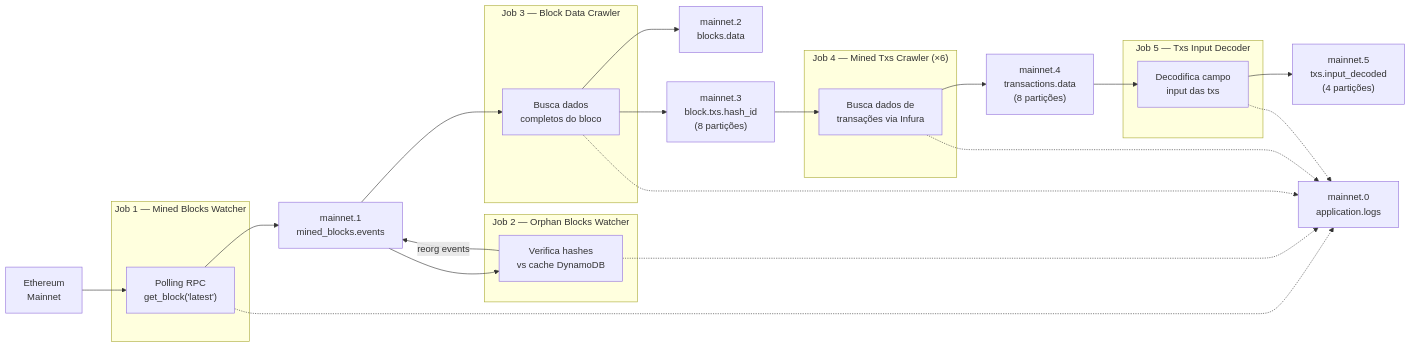
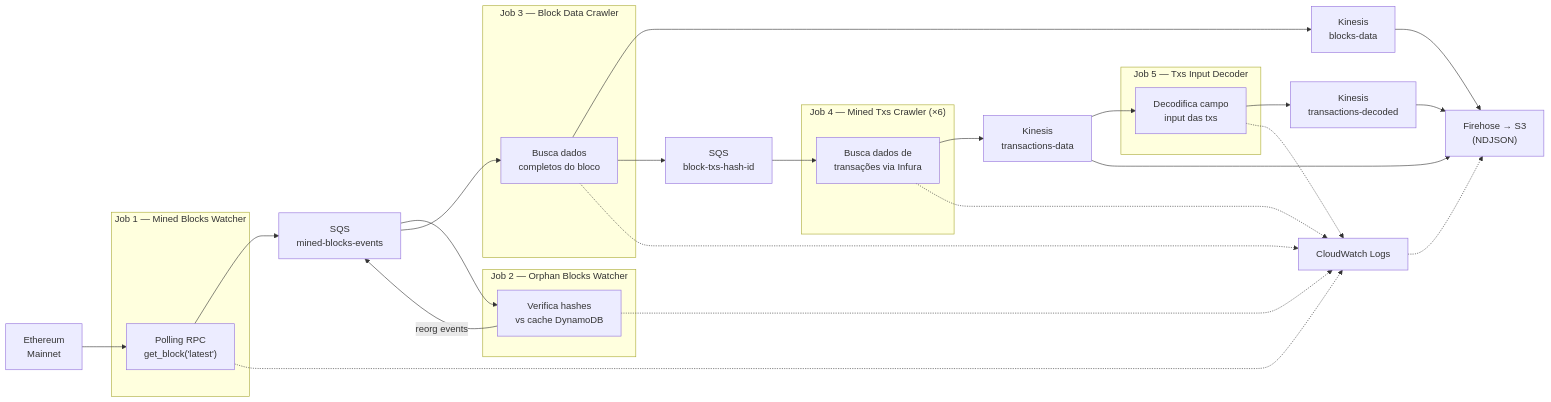
The first of 3 diagrams in docs/02_data_capture.md (marcoaureliomenezes/dd_chain_explorer), drawn with Mermaid before and after one commit. The commit also changed other lines of this file and 8 other files, not shown here.

````diff
--- a/docs/02_data_capture.md
+++ b/docs/02_data_capture.md
@@ -19,49 +18,55 @@
 ```mermaid
 flowchart LR
     ETH["Ethereum<br/>Mainnet"]
 
     subgraph JOB1["Job 1 — Mined Blocks Watcher"]
         W1["Polling RPC<br/>get_block('latest')"]
     end
 
     subgraph JOB2["Job 2 — Orphan Blocks Watcher"]
         W2["Verifica hashes<br/>vs cache DynamoDB"]
     end
 
     subgraph JOB3["Job 3 — Block Data Crawler"]
         W3["Busca dados<br/>completos do bloco"]
     end
 
     subgraph JOB4["Job 4 — Mined Txs Crawler (×6)"]
         W4["Busca dados de<br/>transações via Infura"]
     end
 
     subgraph JOB5["Job 5 — Txs Input Decoder"]
         W5["Decodifica campo<br/>input das txs"]
     end
 
-    T1["mainnet.1<br/>mined_blocks.events"]
-    T2["mainnet.2<br/>blocks.data"]
-    T3["mainnet.3<br/>block.txs.hash_id<br/>(8 partições)"]
-    T4["mainnet.4<br/>transactions.data<br/>(8 partições)"]
-    T5["mainnet.5<br/>txs.input_decoded<br/>(4 partições)"]
-    TL["mainnet.0<br/>application.logs"]
+    SQS1["SQS<br/>mined-blocks-events"]
+    K2["Kinesis<br/>blocks-data"]
+    SQS3["SQS<br/>block-txs-hash-id"]
+    K4["Kinesis<br/>transactions-data"]
+    K5["Kinesis<br/>transactions-decoded"]
+    CW["CloudWatch Logs"]
+    FH["Firehose → S3<br/>(NDJSON)"]
 
     ETH --> W1
-    W1 --> T1
-    T1 --> W2
-    W2 -->|reorg events| T1
-    T1 --> W3
-    W3 --> T2
-    W3 --> T3
-    T3 --> W4
-    W4 --> T4
-    T4 --> W5
-    W5 --> T5
+    W1 --> SQS1
+    SQS1 --> W2
+    W2 -->|reorg events| SQS1
+    SQS1 --> W3
+    W3 --> K2
+    W3 --> SQS3
+    SQS3 --> W4
+    W4 --> K4
+    K4 --> W5
+    W5 --> K5
 
-    W1 -.-> TL
-    W2 -.-> TL
-    W3 -.-> TL
-    W4 -.-> TL
-    W5 -.-> TL
+    K2 --> FH
+    K4 --> FH
+    K5 --> FH
+
+    W1 -.-> CW
+    W2 -.-> CW
+    W3 -.-> CW
+    W4 -.-> CW
+    W5 -.-> CW
+    CW -.-> FH
 ```
````
